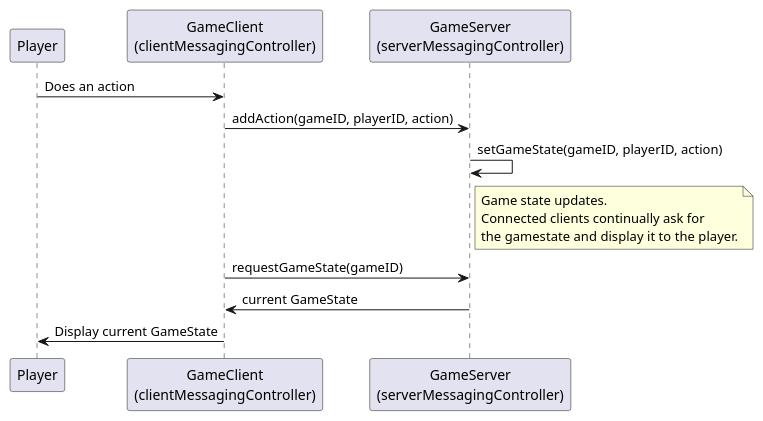
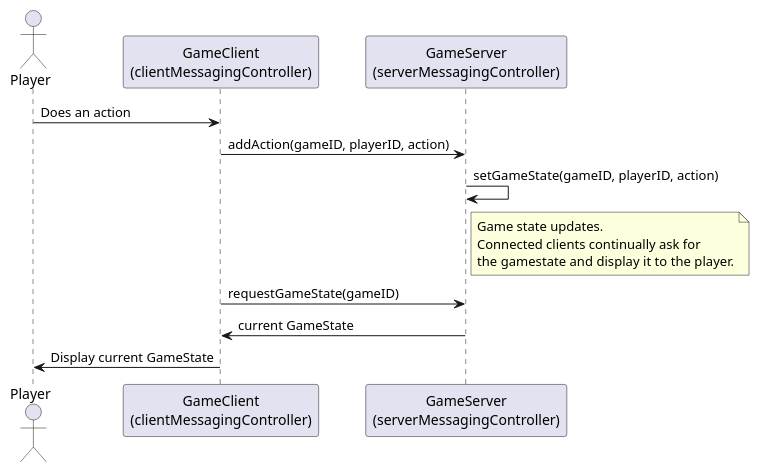
Before and after one commit to SverreNystad/besieged: the diagram in docs/diagrams/networking/sequence.puml, drawn with PlantUML. The commit also changed 2 other files, not shown here.

Commit message:
Add ECS diagram

```diff
--- a/docs/diagrams/networking/sequence.puml
+++ b/docs/diagrams/networking/sequence.puml
@@ -1,26 +1,26 @@
 @startuml
-participant Player as player
+Actor Player as player
 participant "GameClient\n(clientMessagingController)" as GameClient
 participant "GameServer\n(serverMessagingController)" as GameServer
 
 ' Player initiates an action
 player -> GameClient : Does an action
 
 ' GameClient sends action to GameServer
 GameClient -> GameServer : addAction(gameID, playerID, action)
 
 ' Server processes action
 GameServer -> GameServer : setGameState(gameID, playerID, action)
 
 ' Note on broadcasting to all clients
 note right of GameServer: Game state updates.\nConnected clients continually ask for\nthe gamestate and display it to the player.
 
 ' Server broadcasts updated game state to all clients
 GameClient -> GameServer : requestGameState(gameID)
 
 GameServer -> GameClient : current GameState
 GameClient -> player: Display current GameState
 
 
 
 @enduml
```
